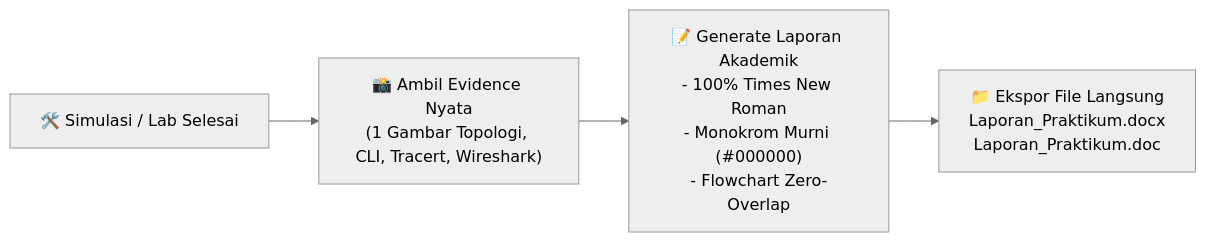
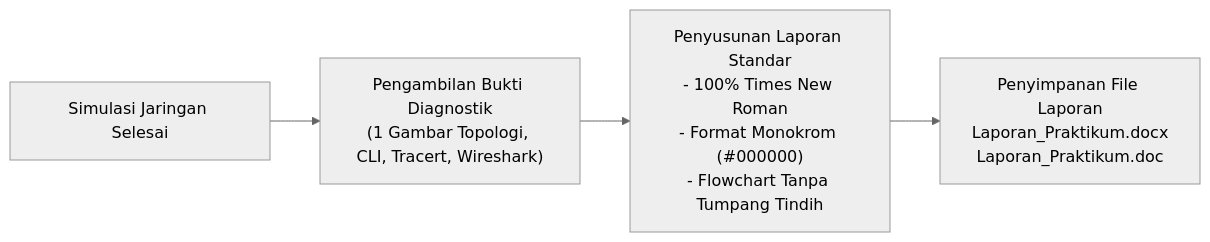
One commit to Masmas99/MCP-Packet-Tracer changed the second of 2 diagrams in README.md. Above: the diagram before and after it, drawn with Mermaid (neutral theme). The commit also changed other lines of this file, not shown here.

````diff
--- a/README.md
+++ b/README.md
@@ -197,6 +197,6 @@
 ```mermaid
 flowchart LR
-    A["🛠️ Simulasi / Lab Selesai"] --> B["📸 Ambil Evidence Nyata<br/>(1 Gambar Topologi, CLI, Tracert, Wireshark)"]
-    B --> C["📝 Generate Laporan Akademik<br/>- 100% Times New Roman<br/>- Monokrom Murni (#000000)<br/>- Flowchart Zero-Overlap"]
-    C --> D["📁 Ekspor File Langsung<br/>Laporan_Praktikum.docx<br/>Laporan_Praktikum.doc"]
+    A["Simulasi Jaringan Selesai"] --> B["Pengambilan Bukti Diagnostik<br/>(1 Gambar Topologi, CLI, Tracert, Wireshark)"]
+    B --> C["Penyusunan Laporan Standar<br/>- 100% Times New Roman<br/>- Format Monokrom (#000000)<br/>- Flowchart Tanpa Tumpang Tindih"]
+    C --> D["Penyimpanan File Laporan<br/>Laporan_Praktikum.docx<br/>Laporan_Praktikum.doc"]
 ```
````
